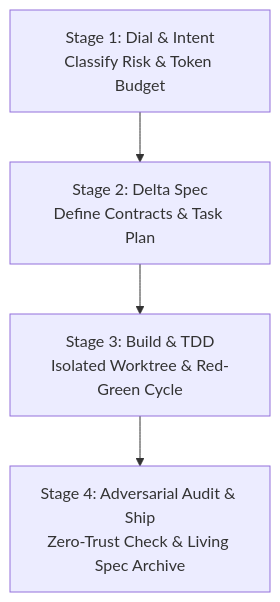
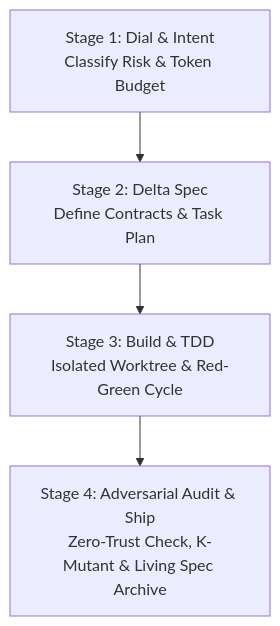
The diagram in skills/kairos-orchestrator/SKILL.md (ismaelsoilet/kairos-framework), drawn with Mermaid before and after one commit. The commit also changed other lines of this file and 14 other files, not shown here.

````diff
--- a/skills/kairos-orchestrator/SKILL.md
+++ b/skills/kairos-orchestrator/SKILL.md
@@ -20,6 +19,6 @@
 ```mermaid
 flowchart TD
     A["Stage 1: Dial & Intent<br/>Classify Risk & Token Budget"] --> B["Stage 2: Delta Spec<br/>Define Contracts & Task Plan"]
     B --> C["Stage 3: Build & TDD<br/>Isolated Worktree & Red-Green Cycle"]
-    C --> D["Stage 4: Adversarial Audit & Ship<br/>Zero-Trust Check & Living Spec Archive"]
+    C --> D["Stage 4: Adversarial Audit & Ship<br/>Zero-Trust Check, K-Mutant & Living Spec Archive"]
 ```
````
